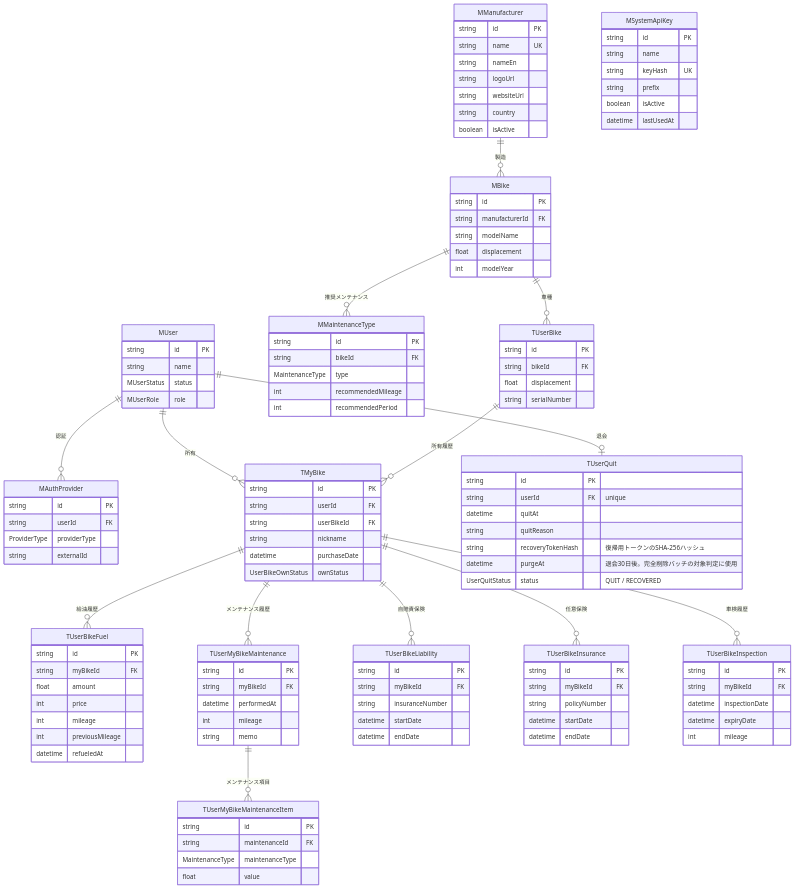
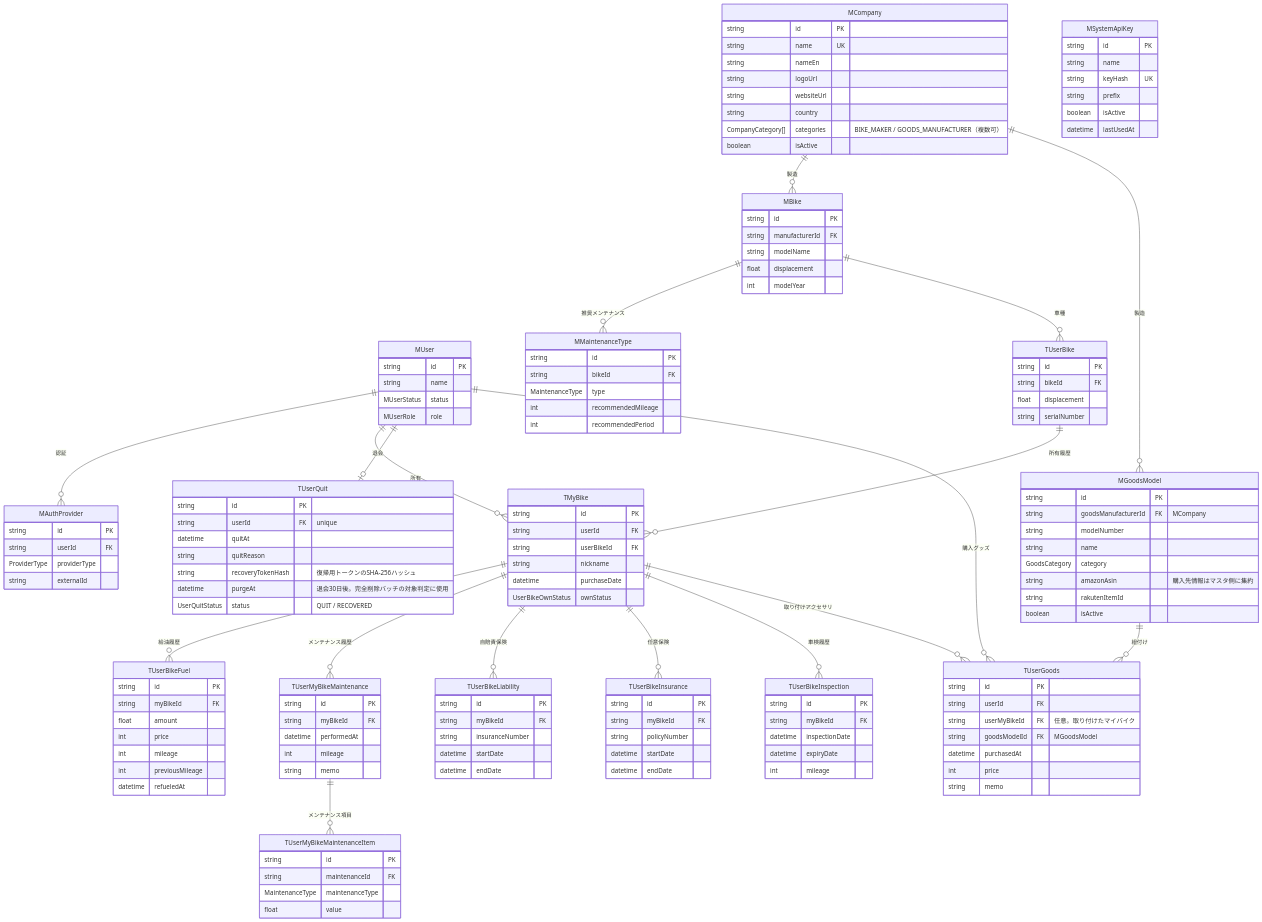
Before and after one commit to sakho13/moto-reco: the diagram in development/docs/02_design/db_schema.md, drawn with Mermaid. The commit also changed other lines of this file and 2 other files, not shown here.

Commit message:
✨ ユーザー購入グッズ(TUserGoods)のDBスキーマを追加
グッズマスタ(MGoodsModel)への必須紐付け・マイバイクへの任意紐付けを持つ
TUserGoodsモデルを新設し、マイグレーションを生成。db_schema.mdも
#464で統合済みのMCompanyを反映するよう更新。

関連Issue: #216

```diff
--- a/development/docs/02_design/db_schema.md
+++ b/development/docs/02_design/db_schema.md
@@ -7,8 +7,10 @@
     MUser ||--o{ MAuthProvider : "認証"
     MUser ||--o{ TMyBike : "所有"
     MUser ||--o| TUserQuit : "退会"
+    MUser ||--o{ TUserGoods : "購入グッズ"
 
-    MManufacturer ||--o{ MBike : "製造"
+    MCompany ||--o{ MBike : "製造"
+    MCompany ||--o{ MGoodsModel : "製造"
 
     MBike ||--o{ MMaintenanceType : "推奨メンテナンス"
     MBike ||--o{ TUserBike : "車種"
@@ -21,6 +23,9 @@
     TMyBike ||--o{ TUserBikeLiability : "自賠責保険"
     TMyBike ||--o{ TUserBikeInsurance : "任意保険"
     TMyBike ||--o{ TUserBikeInspection : "車検履歴"
+    TMyBike ||--o{ TUserGoods : "取り付けアクセサリ"
+
+    MGoodsModel ||--o{ TUserGoods : "紐付け"
 
     MUser {
         string id PK
@@ -36,13 +41,14 @@
         string externalId
     }
 
-    MManufacturer {
+    MCompany {
         string id PK
         string name UK
         string nameEn
         string logoUrl
         string websiteUrl
         string country
+        CompanyCategory[] categories "BIKE_MAKER / GOODS_MANUFACTURER（複数可）"
         boolean isActive
     }
 
@@ -52,6 +58,27 @@
         string modelName
         float displacement
         int modelYear
+    }
+
+    MGoodsModel {
+        string id PK
+        string goodsManufacturerId FK "MCompany"
+        string modelNumber
+        string name
+        GoodsCategory category
+        string amazonAsin "購入先情報はマスタ側に集約"
+        string rakutenItemId
+        boolean isActive
+    }
+
+    TUserGoods {
+        string id PK
+        string userId FK
+        string userMyBikeId FK "任意。取り付けたマイバイク"
+        string goodsModelId FK "MGoodsModel"
+        datetime purchasedAt
+        int price
+        string memo
     }
 
     MMaintenanceType {
```
